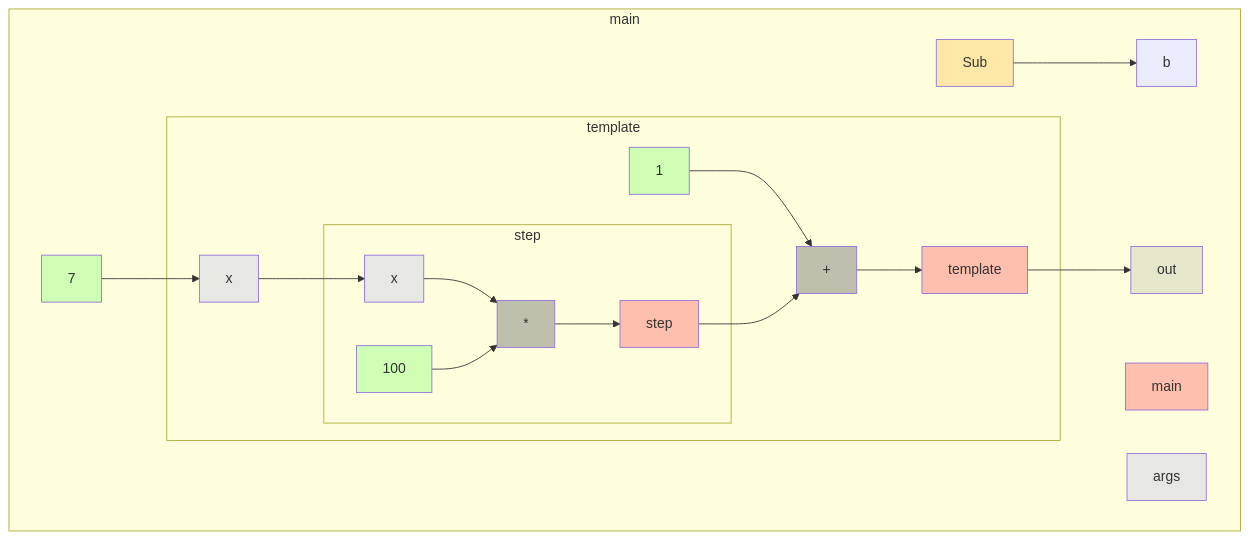
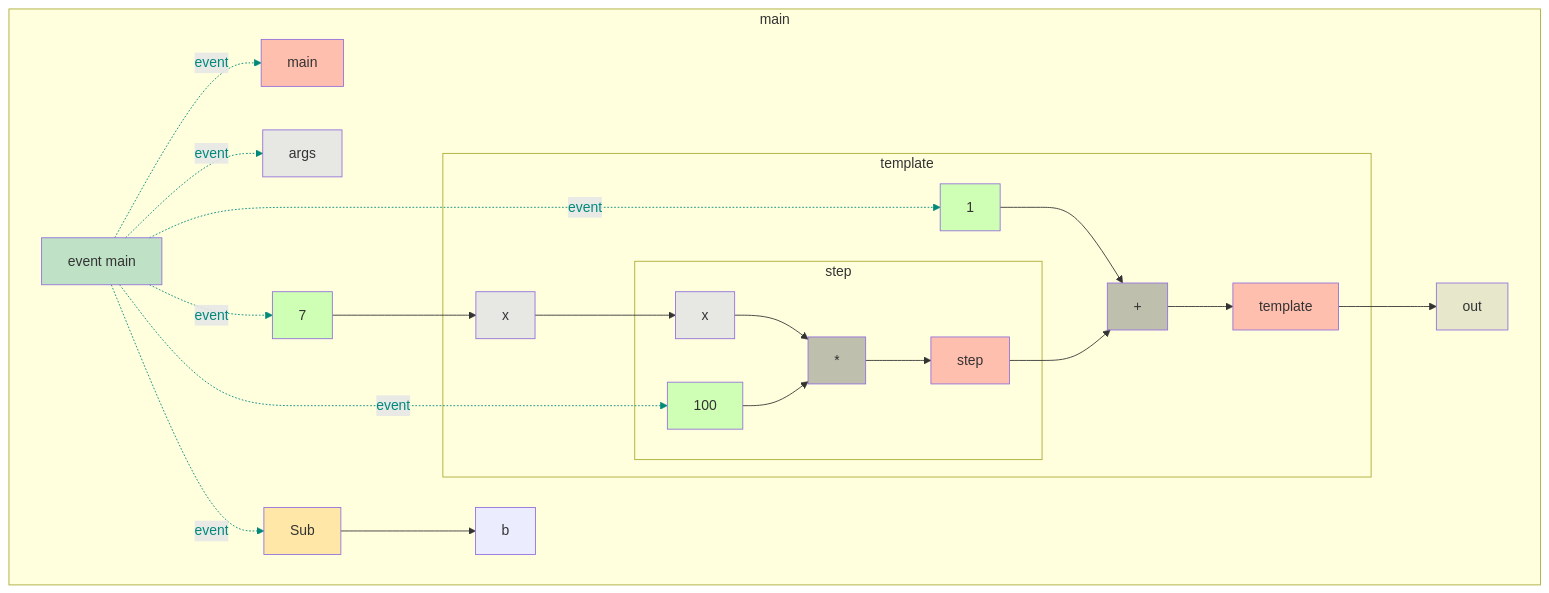
Before and after one commit to gstiebler/codeflow: the diagram in app/src/test/resources/templateMethod/snapshot.md, drawn with Mermaid. The commit also changed 77 other files, not shown here.

````diff
--- a/app/src/test/resources/templateMethod/snapshot.md
+++ b/app/src/test/resources/templateMethod/snapshot.md
@@ -1,40 +1,54 @@
 ```mermaid
 flowchart TD
   subgraph b0["main"]
-    n1[main]:::RETURN
-    n2[args]:::FUNC_PARAM
-    n3[Sub]:::EXTERNAL
-    n4[b]:::OBJ_VARIABLE
-    n5[7]:::LITERAL
-    n16[out]:::VARIABLE
-    n3[Sub]:::EXTERNAL --> n4[b]:::OBJ_VARIABLE
-    n5[7]:::LITERAL --> n8[x]:::FUNC_PARAM
-    n7[template]:::RETURN --> n16[out]:::VARIABLE
-    subgraph b6["template"]
-      n7[template]:::RETURN
-      n8[x]:::FUNC_PARAM
-      n14[1]:::LITERAL
-      n15[+]:::BIN_OP
-      n8[x]:::FUNC_PARAM --> n11[x]:::FUNC_PARAM
-      n14[1]:::LITERAL --> n15[+]:::BIN_OP
-      n15[+]:::BIN_OP --> n7[template]:::RETURN
-      n10[step]:::RETURN --> n15[+]:::BIN_OP
-      subgraph b9["step"]
-        n10[step]:::RETURN
-        n11[x]:::FUNC_PARAM
-        n12[100]:::LITERAL
-        n13[*]:::BIN_OP
-        n11[x]:::FUNC_PARAM --> n13[*]:::BIN_OP
-        n12[100]:::LITERAL --> n13[*]:::BIN_OP
-        n13[*]:::BIN_OP --> n10[step]:::RETURN
+    n1[event main]:::EVENT
+    n2[main]:::RETURN
+    n3[args]:::FUNC_PARAM
+    n4[Sub]:::EXTERNAL
+    n5[b]:::OBJ_VARIABLE
+    n6[7]:::LITERAL
+    n17[out]:::VARIABLE
+    n1[event main]:::EVENT -. event .-> n2[main]:::RETURN
+    n1[event main]:::EVENT -. event .-> n3[args]:::FUNC_PARAM
+    n1[event main]:::EVENT -. event .-> n4[Sub]:::EXTERNAL
+    n1[event main]:::EVENT -. event .-> n6[7]:::LITERAL
+    n1[event main]:::EVENT -. event .-> n15[1]:::LITERAL
+    n1[event main]:::EVENT -. event .-> n13[100]:::LITERAL
+    n4[Sub]:::EXTERNAL --> n5[b]:::OBJ_VARIABLE
+    n6[7]:::LITERAL --> n9[x]:::FUNC_PARAM
+    n8[template]:::RETURN --> n17[out]:::VARIABLE
+    subgraph b7["template"]
+      n8[template]:::RETURN
+      n9[x]:::FUNC_PARAM
+      n15[1]:::LITERAL
+      n16[+]:::BIN_OP
+      n9[x]:::FUNC_PARAM --> n12[x]:::FUNC_PARAM
+      n15[1]:::LITERAL --> n16[+]:::BIN_OP
+      n16[+]:::BIN_OP --> n8[template]:::RETURN
+      n11[step]:::RETURN --> n16[+]:::BIN_OP
+      subgraph b10["step"]
+        n11[step]:::RETURN
+        n12[x]:::FUNC_PARAM
+        n13[100]:::LITERAL
+        n14[*]:::BIN_OP
+        n12[x]:::FUNC_PARAM --> n14[*]:::BIN_OP
+        n13[100]:::LITERAL --> n14[*]:::BIN_OP
+        n14[*]:::BIN_OP --> n11[step]:::RETURN
       end
     end
   end
+  linkStyle 0 stroke:#00897b,color:#00897b
+  linkStyle 1 stroke:#00897b,color:#00897b
+  linkStyle 2 stroke:#00897b,color:#00897b
+  linkStyle 3 stroke:#00897b,color:#00897b
+  linkStyle 4 stroke:#00897b,color:#00897b
+  linkStyle 5 stroke:#00897b,color:#00897b
   classDef LITERAL fill:#00FF0030
   classDef VARIABLE fill:#80808030
   classDef BIN_OP fill:#80808080
   classDef FUNC_PARAM fill:#8080FF30
   classDef RETURN fill:#FF808080
   classDef EXTERNAL fill:#FFA50040
   classDef UNMODELLED fill:#FF000030,stroke-dasharray: 4 2
+  classDef EVENT fill:#00897B40
 ```
````
